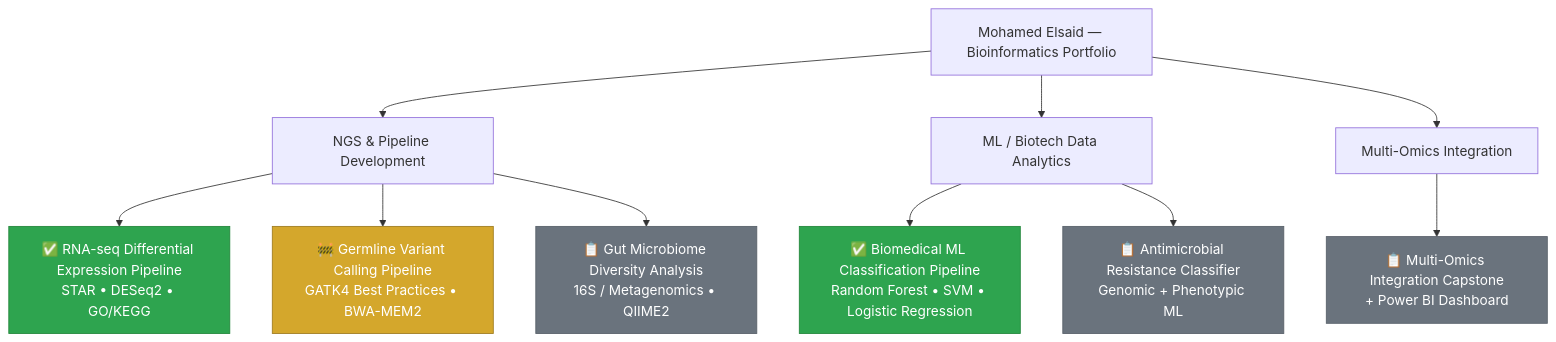
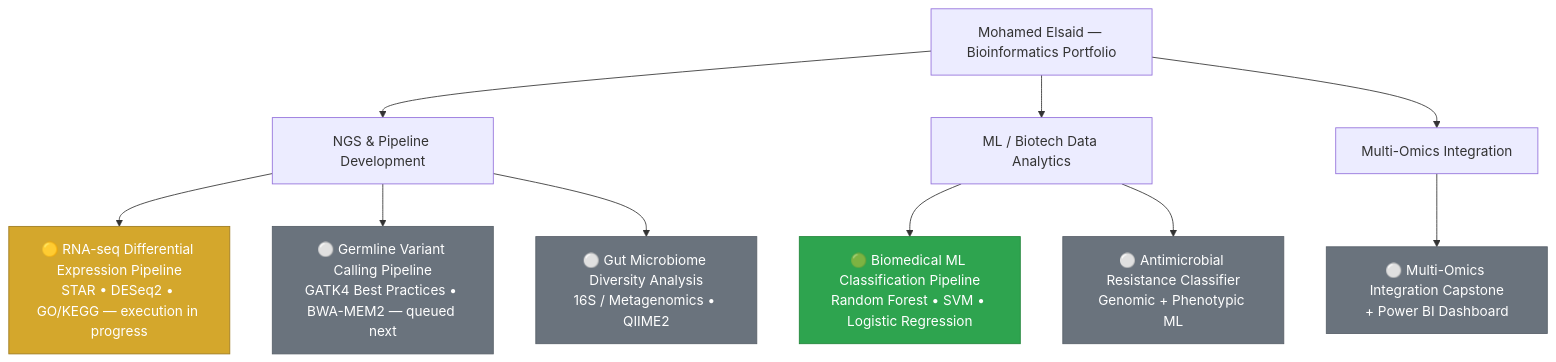
Before and after one commit to MohamedElsaid-bit/Portfolio-: the diagram in README.md, drawn with Mermaid. The commit also changed other lines of this file, not shown here.

Commit message:
Revise project statuses and descriptions in README
Updated project statuses and descriptions in the README to reflect current progress and queued tasks.

````diff
--- a/README.md
+++ b/README.md
@@ -24,22 +24,22 @@
 ```mermaid
 graph TD
     A["Mohamed Elsaid — Bioinformatics Portfolio"] --> B["NGS & Pipeline Development"]
     A --> C["ML / Biotech Data Analytics"]
     A --> D["Multi-Omics Integration"]
 
-    B --> B1["✅ RNA-seq Differential Expression Pipeline<br/>STAR • DESeq2 • GO/KEGG"]
-    B --> B2["🚧 Germline Variant Calling Pipeline<br/>GATK4 Best Practices • BWA-MEM2"]
-    B --> B3["📋 Gut Microbiome Diversity Analysis<br/>16S / Metagenomics • QIIME2"]
+    B --> B1["🟡 RNA-seq Differential Expression Pipeline<br/>STAR • DESeq2 • GO/KEGG — execution in progress"]
+    B --> B2["⚪ Germline Variant Calling Pipeline<br/>GATK4 Best Practices • BWA-MEM2 — queued next"]
+    B --> B3["⚪ Gut Microbiome Diversity Analysis<br/>16S / Metagenomics • QIIME2"]
 
-    C --> C1["✅ Biomedical ML Classification Pipeline<br/>Random Forest • SVM • Logistic Regression"]
-    C --> C2["📋 Antimicrobial Resistance Classifier<br/>Genomic + Phenotypic ML"]
+    C --> C1["🟢 Biomedical ML Classification Pipeline<br/>Random Forest • SVM • Logistic Regression"]
+    C --> C2["⚪ Antimicrobial Resistance Classifier<br/>Genomic + Phenotypic ML"]
 
-    D --> D1["📋 Multi-Omics Integration Capstone<br/>+ Power BI Dashboard"]
+    D --> D1["⚪ Multi-Omics Integration Capstone<br/>+ Power BI Dashboard"]
 
-    style B1 fill:#2ea44f,color:#ffffff,stroke:#22863a
     style C1 fill:#2ea44f,color:#ffffff,stroke:#22863a
-    style B2 fill:#d4a72c,color:#ffffff,stroke:#9e7b1f
+    style B1 fill:#d4a72c,color:#ffffff,stroke:#9e7b1f
+    style B2 fill:#6a737d,color:#ffffff,stroke:#586069
     style B3 fill:#6a737d,color:#ffffff,stroke:#586069
     style C2 fill:#6a737d,color:#ffffff,stroke:#586069
     style D1 fill:#6a737d,color:#ffffff,stroke:#586069
 ```
````
